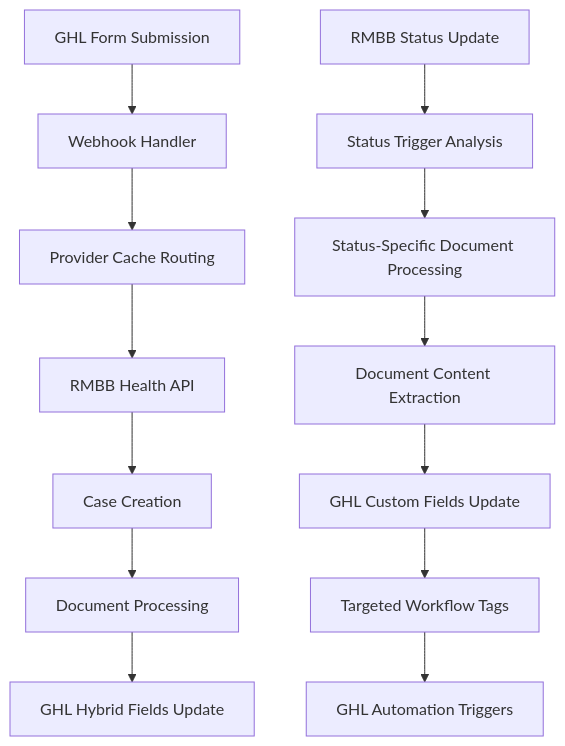
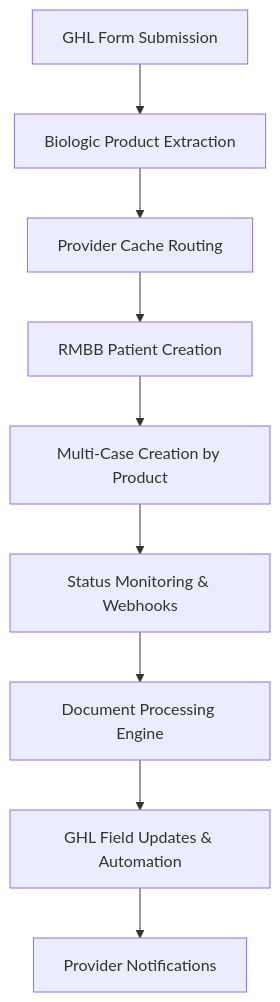
The diagram in README.md (twade123/rmbb-health-webhook), drawn with Mermaid before and after one commit. The commit also changed other lines of this file, not shown here.

````diff
--- a/README.md
+++ b/README.md
@@ -18,16 +9,11 @@
 ```mermaid
 graph TD
-    A[GHL Form Submission] --> B[Webhook Handler]
-    B --> C[Provider Cache Routing]
-    C --> D[RMBB Health API]
-    D --> E[Case Creation]
-    E --> F[Document Processing]
-    F --> G[GHL Hybrid Fields Update]
-    
-    H[RMBB Status Update] --> I[Status Trigger Analysis]
-    I --> J[Status-Specific Document Processing]
-    J --> K[Document Content Extraction]
-    K --> L[GHL Custom Fields Update]
-    L --> M[Targeted Workflow Tags]
-    M --> N[GHL Automation Triggers]
+    A[GHL Form Submission] --> B[Biologic Product Extraction]
+    B --> C[Provider Cache Routing] 
+    C --> D[RMBB Patient Creation]
+    D --> E[Multi-Case Creation by Product]
+    E --> F[Status Monitoring & Webhooks]
+    F --> G[Document Processing Engine]
+    G --> H[GHL Field Updates & Automation]
+    H --> I[Provider Notifications]
 ```
````
